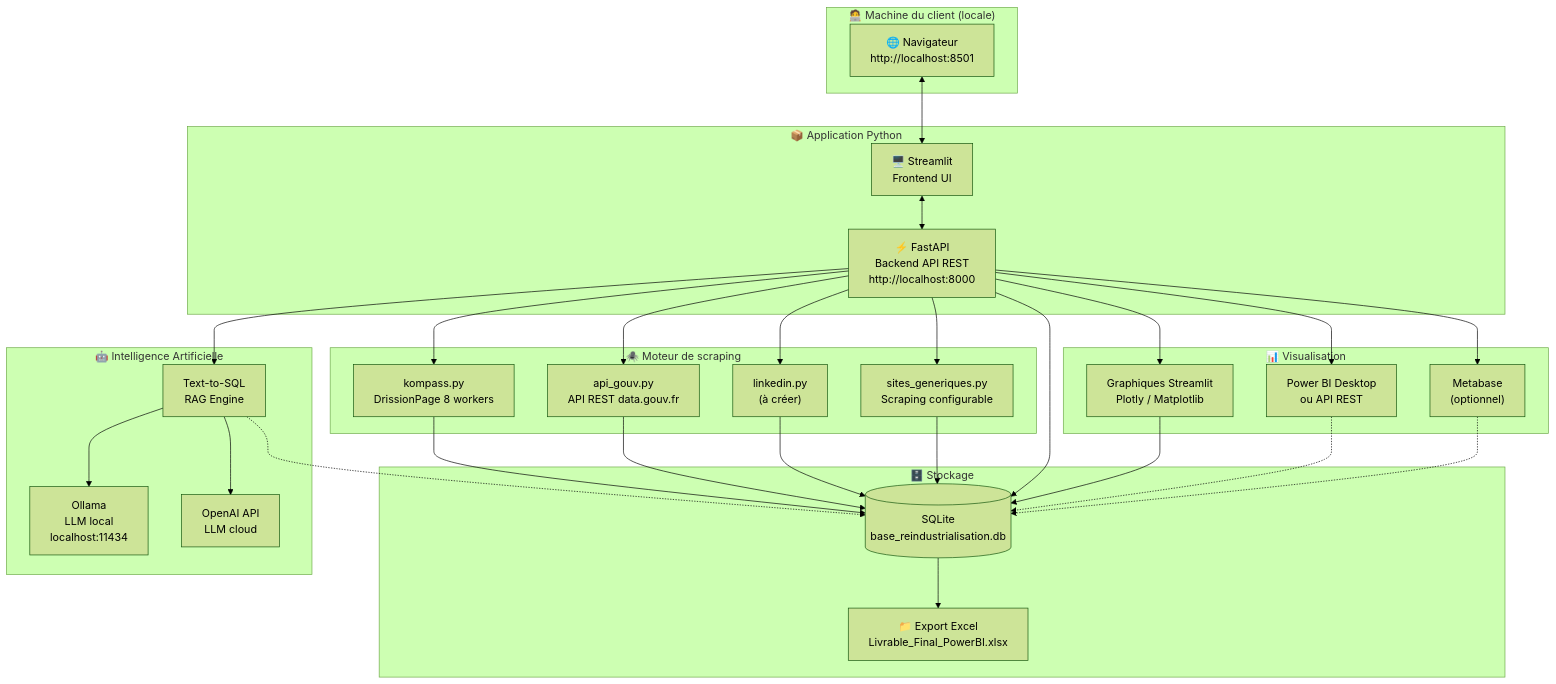
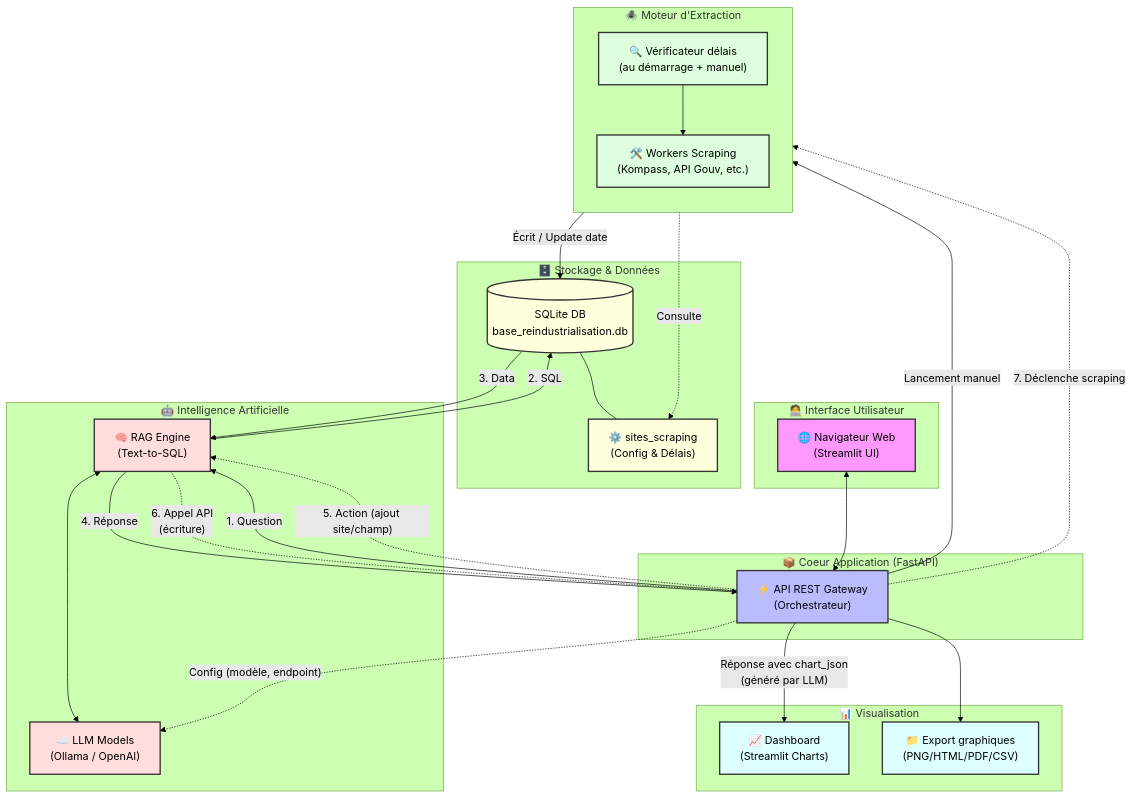
Before and after one commit to Louison-code/Projet-G1-G2: the first of 6 diagrams in 00_GESTION_DE_PROJET/01_Cadrage/Architecture_Complete.md, drawn with Mermaid (forest theme). The commit also changed other lines of this file and 1 other file, not shown here.

Commit message:
Description de l'architecture complete de l'outil finale (fichier .md)

````diff
--- a/00_GESTION_DE_PROJET/01_Cadrage/Architecture_Complete.md
+++ b/00_GESTION_DE_PROJET/01_Cadrage/Architecture_Complete.md
@@ -53,58 +55,75 @@
 ```mermaid
 graph TB
-    subgraph Client["🧑‍💻 Machine du client (locale)"]
-        Browser["🌐 Navigateur<br>http://localhost:8501"]
+    %% Style Definitions
+    classDef client fill:#f9f,stroke:#333,stroke-width:2px;
+    classDef app fill:#bbf,stroke:#333,stroke-width:2px;
+    classDef scraping fill:#dfd,stroke:#333,stroke-width:2px;
+    classDef storage fill:#ffd,stroke:#333,stroke-width:2px;
+    classDef ai fill:#fdd,stroke:#333,stroke-width:2px;
+    classDef viz fill:#dff,stroke:#333,stroke-width:2px;
+
+    subgraph Client["🧑‍💻 Interface Utilisateur"]
+        Browser["🌐 Navigateur Web<br/>(Streamlit UI)"]
     end
 
-    subgraph App["📦 Application Python"]
-        Streamlit["🖥️ Streamlit<br>Frontend UI"]
-        FastAPI["⚡ FastAPI<br>Backend API REST<br>http://localhost:8000"]
+    subgraph App["📦 Coeur Application (FastAPI)"]
+        FastAPI["⚡ API REST Gateway<br/>(Orchestrateur)"]
     end
 
-    subgraph Scraping["🕷️ Moteur de scraping"]
-        Kompass["kompass.py<br>DrissionPage 8 workers"]
-        ApiGouv["api_gouv.py<br>API REST data.gouv.fr"]
-        LinkedIn["linkedin.py<br>(à créer)"]
-        SitesGeneriques["sites_generiques.py<br>Scraping configurable"]
+    subgraph Scraping["🕷️ Moteur d'Extraction"]
+        direction TB
+        Verif["🔍 Vérificateur délais<br/>(au démarrage + manuel)"]
+        Workers["🛠️ Workers Scraping<br/>(Kompass, API Gouv, etc.)"]
+        Verif --> Workers
     end
 
-    subgraph Storage["🗄️ Stockage"]
-        DB[(SQLite<br>base_reindustrialisation.db)]
-        Excel["📁 Export Excel<br>Livrable_Final_PowerBI.xlsx"]
+    subgraph Storage["🗄️ Stockage & Données"]
+        DB[(SQLite DB<br/>base_reindustrialisation.db)]
+        SitesConfig["⚙️ sites_scraping<br/>(Config & Délais)"]
+        DB --- SitesConfig
     end
 
     subgraph LLM["🤖 Intelligence Artificielle"]
-        Ollama["Ollama<br>LLM local<br>localhost:11434"]
-        OpenAI["OpenAI API<br>LLM cloud"]
-        RAG["Text-to-SQL<br>RAG Engine"]
+        RAG["🧠 RAG Engine<br/>(Text-to-SQL)"]
+        Models["☁️ LLM Models<br/>(Ollama / OpenAI)"]
+        RAG <--> Models
     end
 
     subgraph Viz["📊 Visualisation"]
-        Charts["Graphiques Streamlit<br>Plotly / Matplotlib"]
-        PowerBI["Power BI Desktop<br>ou API REST"]
-        Metabase["Metabase<br>(optionnel)"]
+        Charts["📈 Dashboard<br/>(Streamlit Charts)"]
+        Export["📁 Export graphiques<br/>(PNG/HTML/PDF/CSV)"]
     end
 
-    Browser <--> Streamlit
-    Streamlit <--> FastAPI
-    FastAPI --> Kompass
-    FastAPI --> ApiGouv
-    FastAPI --> LinkedIn
-    FastAPI --> SitesGeneriques
-    Kompass --> DB
-    ApiGouv --> DB
-    LinkedIn --> DB
-    SitesGeneriques --> DB
-    FastAPI --> DB
-    DB --> Excel
-    FastAPI --> RAG
-    RAG --> Ollama
-    RAG --> OpenAI
-    RAG -.-> DB
-    FastAPI --> Charts
-    Charts --> DB
-    FastAPI --> PowerBI
-    PowerBI -.-> DB
-    FastAPI --> Metabase
-    Metabase -.-> DB
+    %% Connections
+    Browser <--> FastAPI
+    
+    %% Flux Scraping
+    FastAPI -->|"Lancement manuel"| Verif
+    Verif -.->|"Consulte"| SitesConfig
+    Workers -->|"Écrit / Update date"| DB
+    
+    %% Flux RAG / Chat / Viz
+    FastAPI -->|"1. Question"| RAG
+    RAG -->|"2. SQL"| DB
+    DB -->|"3. Data"| RAG
+    RAG -->|"4. Réponse"| FastAPI
+    
+    %% Flux Config LLM (direct API → Models)
+    FastAPI -.->|"Config (modèle, endpoint)"| Models
+    
+    %% Flux Action (écriture via chatbot)
+    FastAPI -.->|"5. Action (ajout site/champ)"| RAG
+    RAG -.->|"6. Appel API<br/>(écriture)"| FastAPI
+    FastAPI -.->|"7. Déclenche scraping"| Verif
+    
+    FastAPI -->|"Réponse avec chart_json<br/>(généré par LLM)"| Charts
+    FastAPI --> Export
+
+    %% Assign Classes
+    class Browser client;
+    class FastAPI app;
+    class Verif,Workers scraping;
+    class DB,SitesConfig storage;
+    class RAG,Models ai;
+    class Charts,Export viz;
 ```
````
